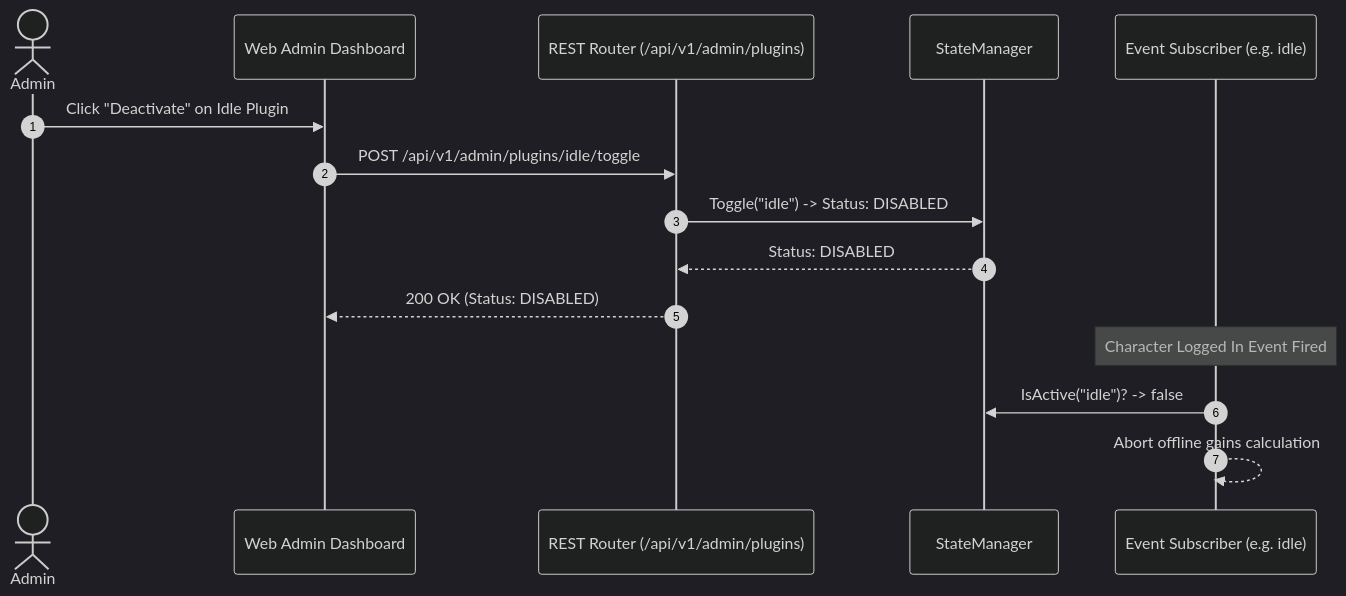
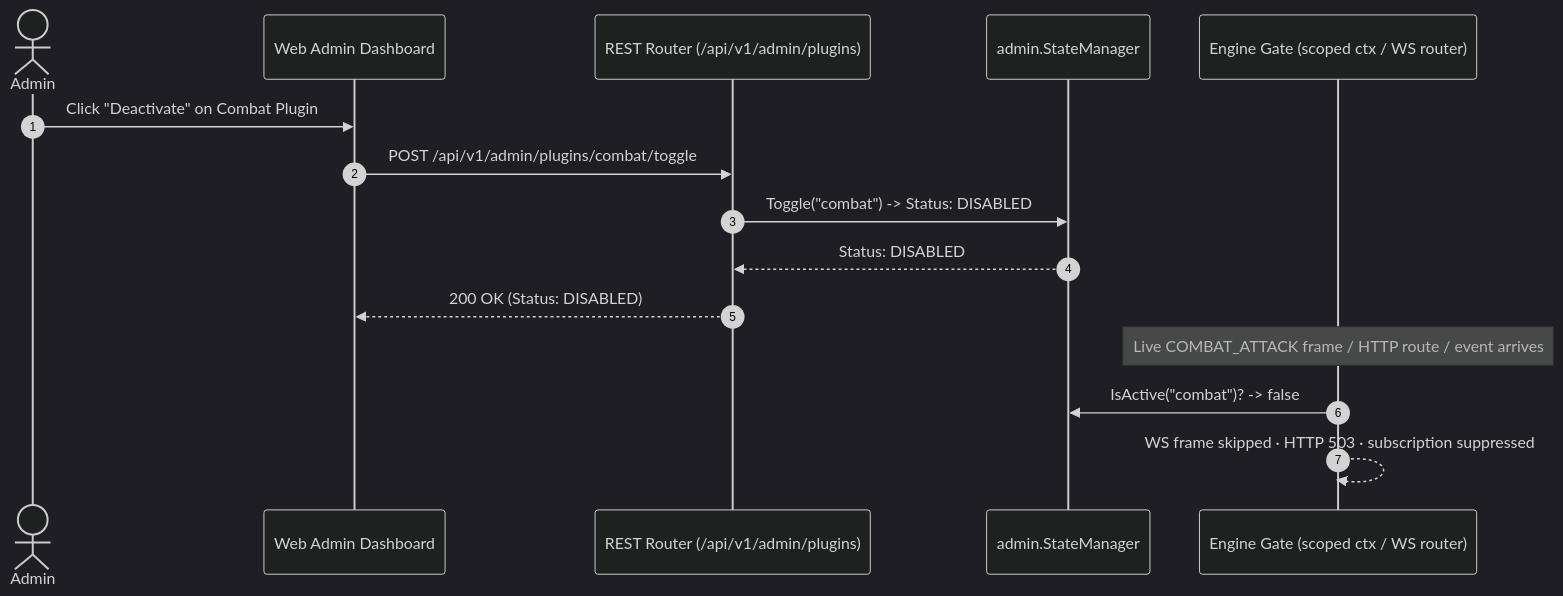
The diagram in docs/wiki/plugins.md (singoesdeep/zzrpg), drawn with Mermaid (dark theme) before and after one commit. The commit also changed other lines of this file and 6 other files, not shown here.

````diff
--- a/docs/wiki/plugins.md
+++ b/docs/wiki/plugins.md
@@ -39,18 +45,18 @@
 ```mermaid
 sequenceDiagram
     autonumber
     actor Admin
     participant UI as Web Admin Dashboard
     participant API as REST Router (/api/v1/admin/plugins)
-    participant SM as StateManager
-    participant Sub as Event Subscriber (e.g. idle)
+    participant SM as admin.StateManager
+    participant Gate as Engine Gate (scoped ctx / WS router)
 
-    Admin->>UI: Click "Deactivate" on Idle Plugin
-    UI->>API: POST /api/v1/admin/plugins/idle/toggle
-    API->>SM: Toggle("idle") -> Status: DISABLED
+    Admin->>UI: Click "Deactivate" on Combat Plugin
+    UI->>API: POST /api/v1/admin/plugins/combat/toggle
+    API->>SM: Toggle("combat") -> Status: DISABLED
     SM-->>API: Status: DISABLED
     API-->>UI: 200 OK (Status: DISABLED)
-    Note over Sub: Character Logged In Event Fired
-    Sub->>SM: IsActive("idle")? -> false
-    Sub-->>Sub: Abort offline gains calculation
+    Note over Gate: Live COMBAT_ATTACK frame / HTTP route / event arrives
+    Gate->>SM: IsActive("combat")? -> false
+    Gate-->>Gate: WS frame skipped · HTTP 503 · subscription suppressed
 ```
````
